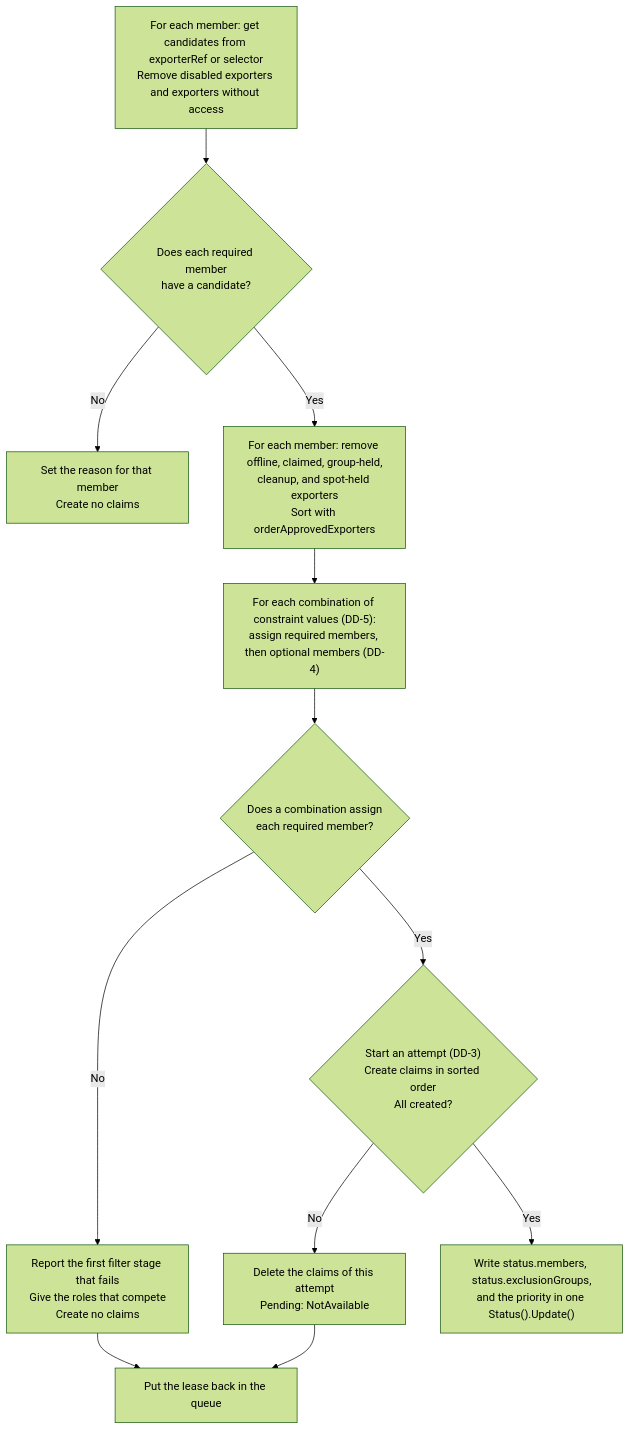
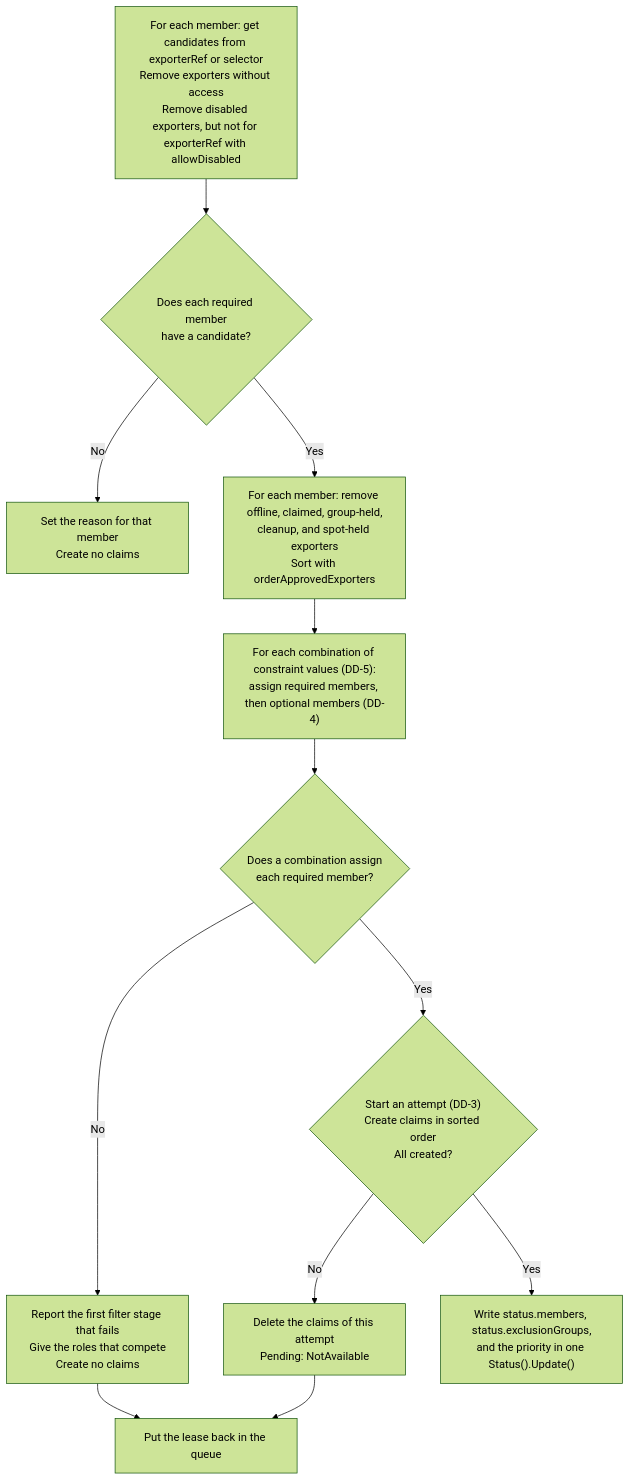
Before and after one commit to jumpstarter-dev/jumpstarter: the first of 2 diagrams in docs/source/contributing/jeps/JEP-0015-multi-exporter-leases.md, drawn with Mermaid (forest theme). The commit also changed other lines of this file, not shown here.

````diff
--- a/docs/source/contributing/jeps/JEP-0015-multi-exporter-leases.md
+++ b/docs/source/contributing/jeps/JEP-0015-multi-exporter-leases.md
@@ -1376,22 +1409,22 @@
 ```{mermaid}
 flowchart TD
-    resolve["For each member: get candidates from exporterRef or selector<br/>Remove disabled exporters and exporters without access"]
+    resolve["For each member: get candidates from exporterRef or selector<br/>Remove exporters without access<br/>Remove disabled exporters, but not for exporterRef with allowDisabled"]
     precheck{"Does each required member<br/>have a candidate?"}
     reject["Set the reason for that member<br/>Create no claims"]
     filter["For each member: remove offline, claimed, group-held,<br/>cleanup, and spot-held exporters<br/>Sort with orderApprovedExporters"]
     assign["For each combination of constraint values (DD-5):<br/>assign required members, then optional members (DD-4)"]
     complete{"Does a combination assign<br/>each required member?"}
     classify["Report the first filter stage that fails<br/>Give the roles that compete<br/>Create no claims"]
     requeue["Put the lease back in the queue"]
     claim{"Start an attempt (DD-3)<br/>Create claims in sorted order<br/>All created?"}
     rollback["Delete the claims of this attempt<br/>Pending: NotAvailable"]
     commit["Write status.members, status.exclusionGroups,<br/>and the priority in one Status().Update()"]
 
     resolve --> precheck
     precheck -->|No| reject
     precheck -->|Yes| filter --> assign --> complete
     complete -->|No| classify --> requeue
     complete -->|Yes| claim
     claim -->|No| rollback --> requeue
     claim -->|Yes| commit
 ```
````
